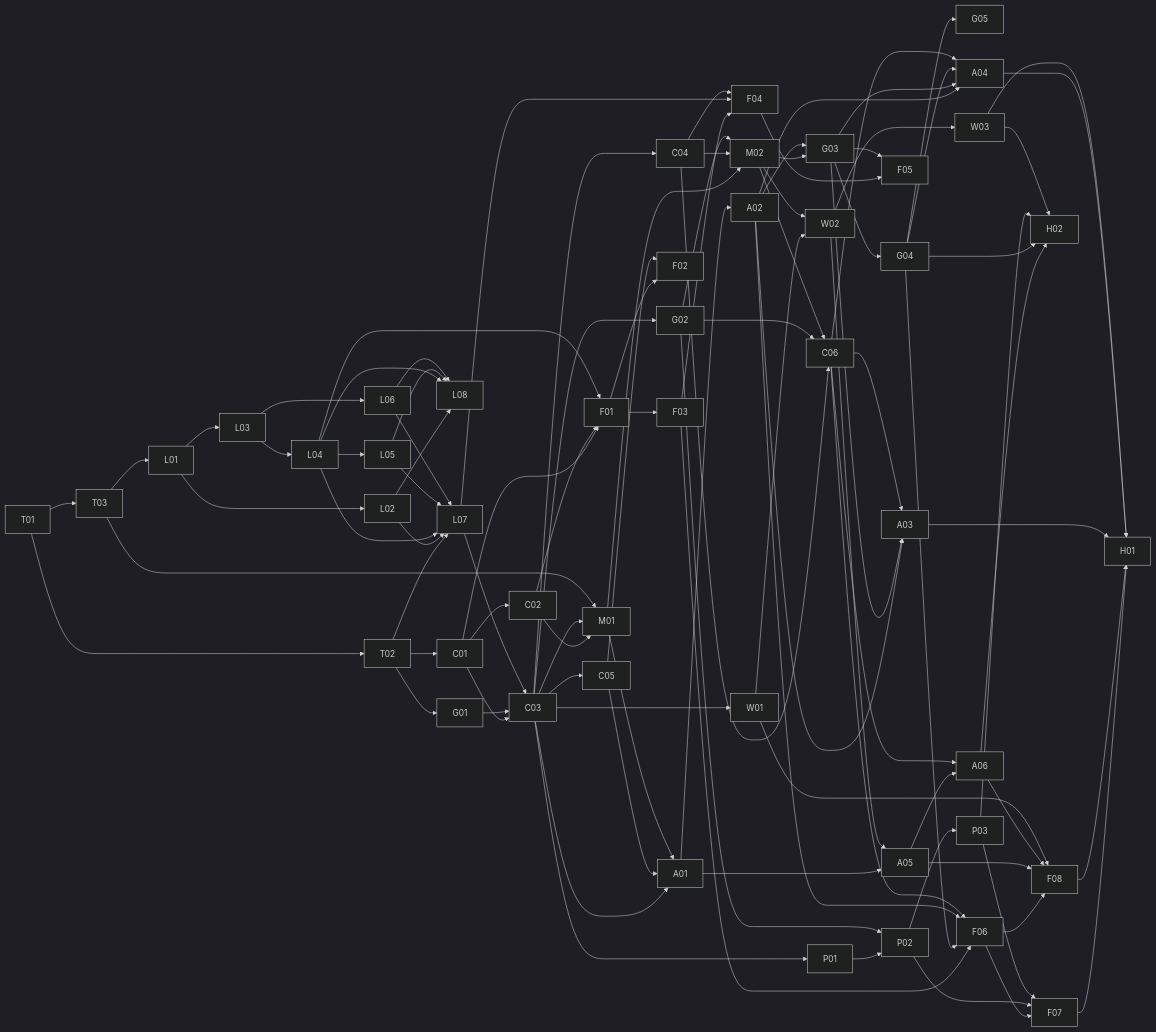
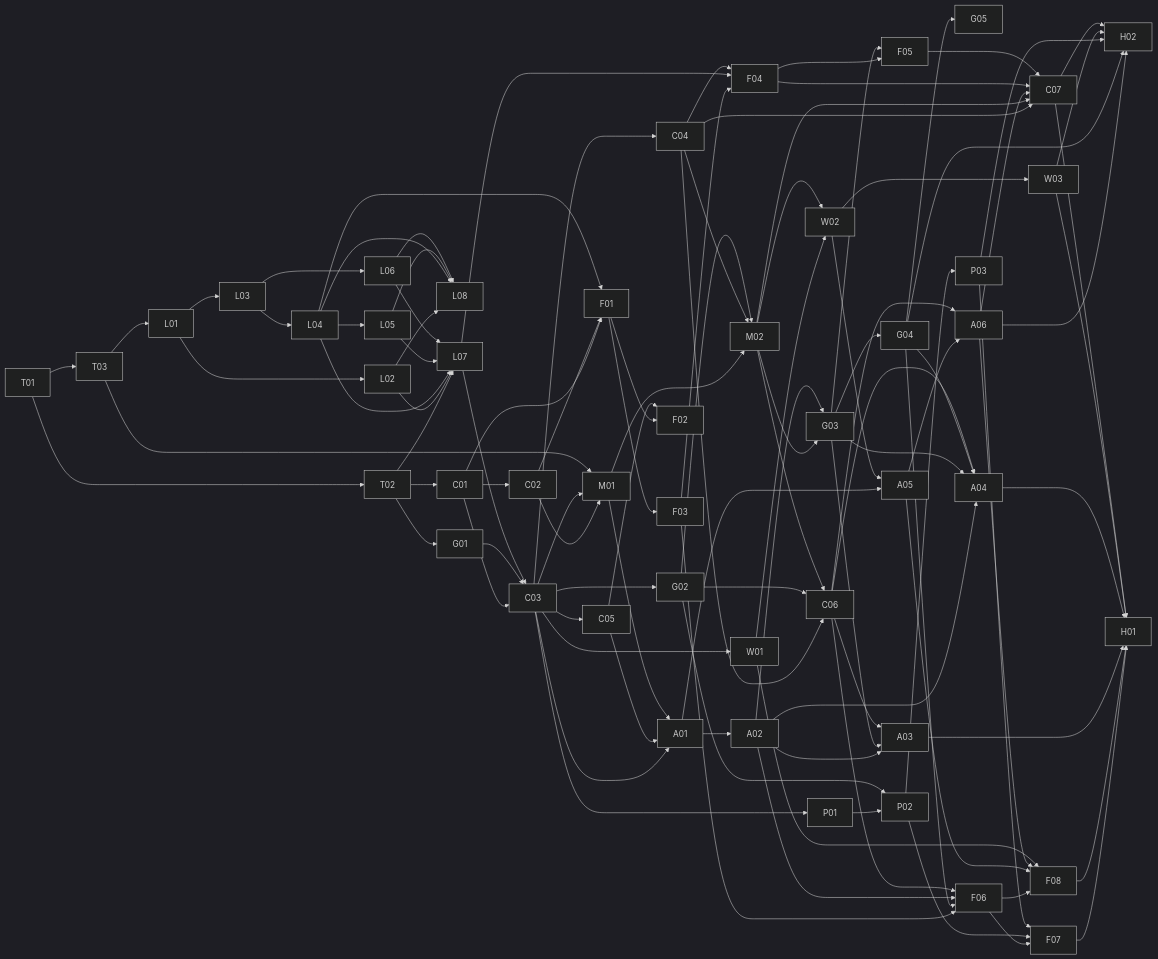
Before and after one commit to hankhan425/open-maru: the diagram in docs/mvp/tasks/TASKS.md, drawn with Mermaid (dark theme). The commit also changed other lines of this file and 7 other files, not shown here.

````diff
--- a/docs/mvp/tasks/TASKS.md
+++ b/docs/mvp/tasks/TASKS.md
@@ -83,38 +84,39 @@
 ```mermaid
 graph LR
   T01-->T02 & T03
   T03-->L01
   L01-->L02 & L03
   L03-->L04 & L06
   L04-->L05
   T02-->L07
   L02 & L04 & L05 & L06-->L07
   L02 & L04 & L05 & L06-->L08
   T02-->C01 & G01
   C01-->C02
   C01 & G01 & L07-->C03
   C03-->C04 & C05 & G02 & P01 & W01
   C02 & C03 & T03-->M01
   M01 & C04 & G02-->M02
   C04 & G02 & M02-->C06
   C03 & C05 & M01-->A01
   A01-->A02
   M02 & A02-->G03
   G03-->G04-->G05
   P01 & G02-->P02-->P03
   W01 & M02-->W02-->W03
   A02 & G03 & C06-->A03
   A02 & G03 & G04 & C06-->A04
   A01 & W02-->A05
   A05 & C06-->A06
+  C04 & M02 & A06 & F04 & F05-->C07
   C01 & C02 & L04-->F01
   F01 & C05-->F02
   F01-->F03
   F03 & L07 & C04-->F04
   F04 & G03-->F05
   F03 & G04 & A02 & C06-->F06
   F06 & P02 & P03-->F07
   F06 & A05 & A06 & W01-->F08
-  F07 & F08 & A03 & A04 & W03-->H01
-  A06 & G04 & P03 & W03-->H02
+  F07 & F08 & A03 & A04 & W03 & C07-->H01
+  A06 & G04 & P03 & W03 & C07-->H02
 ```
````
